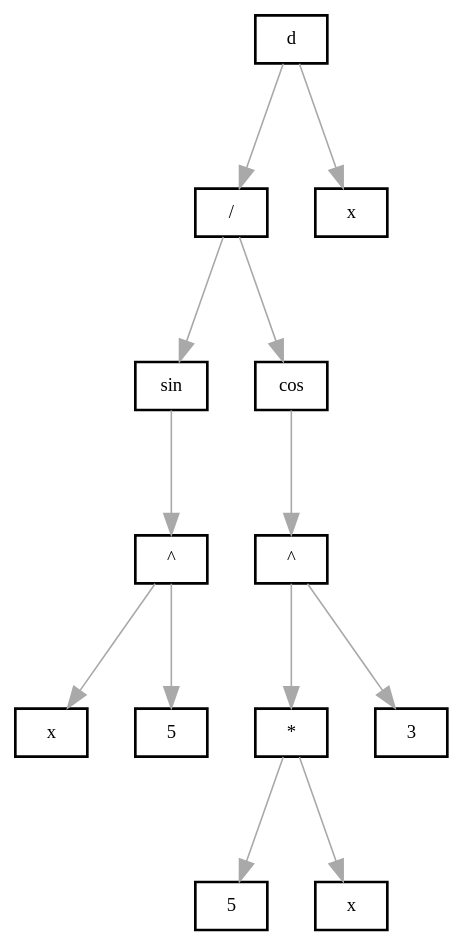
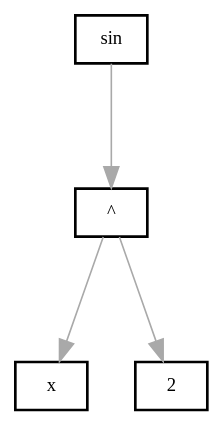
Before and after one commit to kefirRzevo/Differentiator: the diagram in logfiles/res/tree0.dot, drawn with Graphviz. The commit also changed 26 other files, not shown here.

```diff
--- a/logfiles/res/tree0.dot
+++ b/logfiles/res/tree0.dot
@@ -1,57 +1,30 @@
 	digraph
 	{
 		edge [color     = darkgrey]
 		edge [arrowsize = 1.6]
 		edge [penwidth  = 1.2]
 
 		graph [penwidth = 2]
 		graph [ranksep  = 1.3]
 		graph [nodesep  = 0.5]
 		graph [style    = "filled"]
 		graph [color    = green, fillcolor = lightgreen]
 
 		node [penwidth = 2]
 		node [shape    = box]
 		node [color    = black, fillcolor = white]
 
 		compound  = true;
 		newrank   = true;
 
-		Node0x6000001dc000[label = "d"]
-		Node0x6000001dc000 -> Node0x6000001dc020
+		Node0x600003089140[label = "sin"]
+		Node0x600003089140 -> Node0x600003089180
 
-		Node0x6000001dc020[label = "/"]
-		Node0x6000001dc020 -> Node0x6000001dc040
+		Node0x600003089180[label = "^"]
+		Node0x600003089180 -> Node0x600003089160
 
-		Node0x6000001dc040[label = "sin"]
-		Node0x6000001dc040 -> Node0x6000001dc060
+		Node0x600003089160[label = "x"]
+		Node0x600003089180 -> Node0x6000030891a0
 
-		Node0x6000001dc060[label = "^"]
-		Node0x6000001dc060 -> Node0x6000001dc080
-
-		Node0x6000001dc080[label = "x"]
-		Node0x6000001dc060 -> Node0x6000001dc0a0
-
-		Node0x6000001dc0a0[label = "5"]
-		Node0x6000001dc020 -> Node0x6000001dc0c0
-
-		Node0x6000001dc0c0[label = "cos"]
-		Node0x6000001dc0c0 -> Node0x6000001dc0e0
-
-		Node0x6000001dc0e0[label = "^"]
-		Node0x6000001dc0e0 -> Node0x6000001dc100
-
-		Node0x6000001dc100[label = "*"]
-		Node0x6000001dc100 -> Node0x6000001dc120
-
-		Node0x6000001dc120[label = "5"]
-		Node0x6000001dc100 -> Node0x6000001dc140
-
-		Node0x6000001dc140[label = "x"]
-		Node0x6000001dc0e0 -> Node0x6000001dc160
-
-		Node0x6000001dc160[label = "3"]
-		Node0x6000001dc000 -> Node0x6000001dc180
-
-		Node0x6000001dc180[label = "x"]
+		Node0x6000030891a0[label = "2"]
 	}
```
